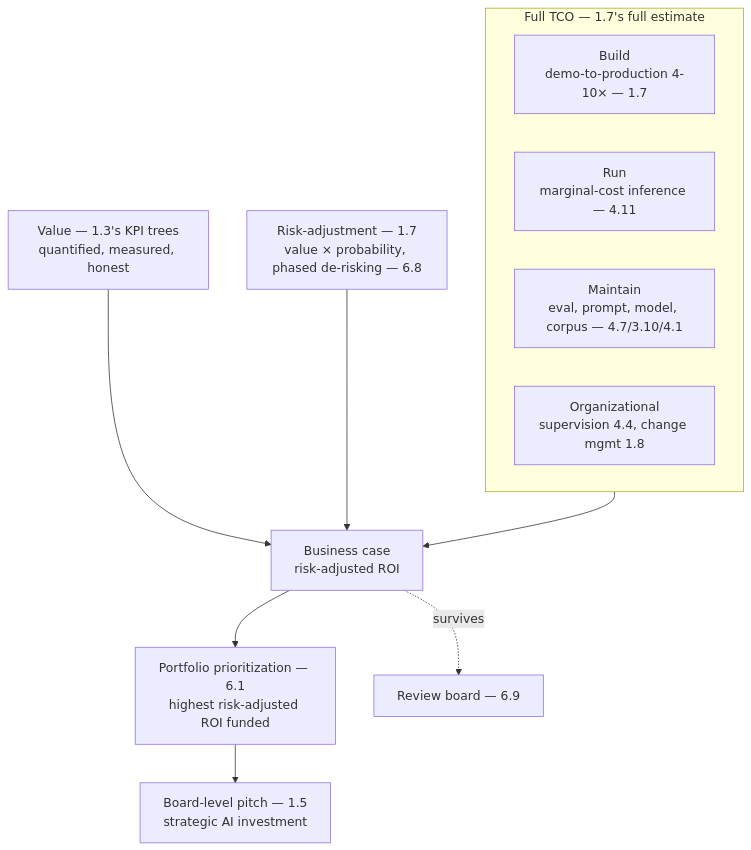
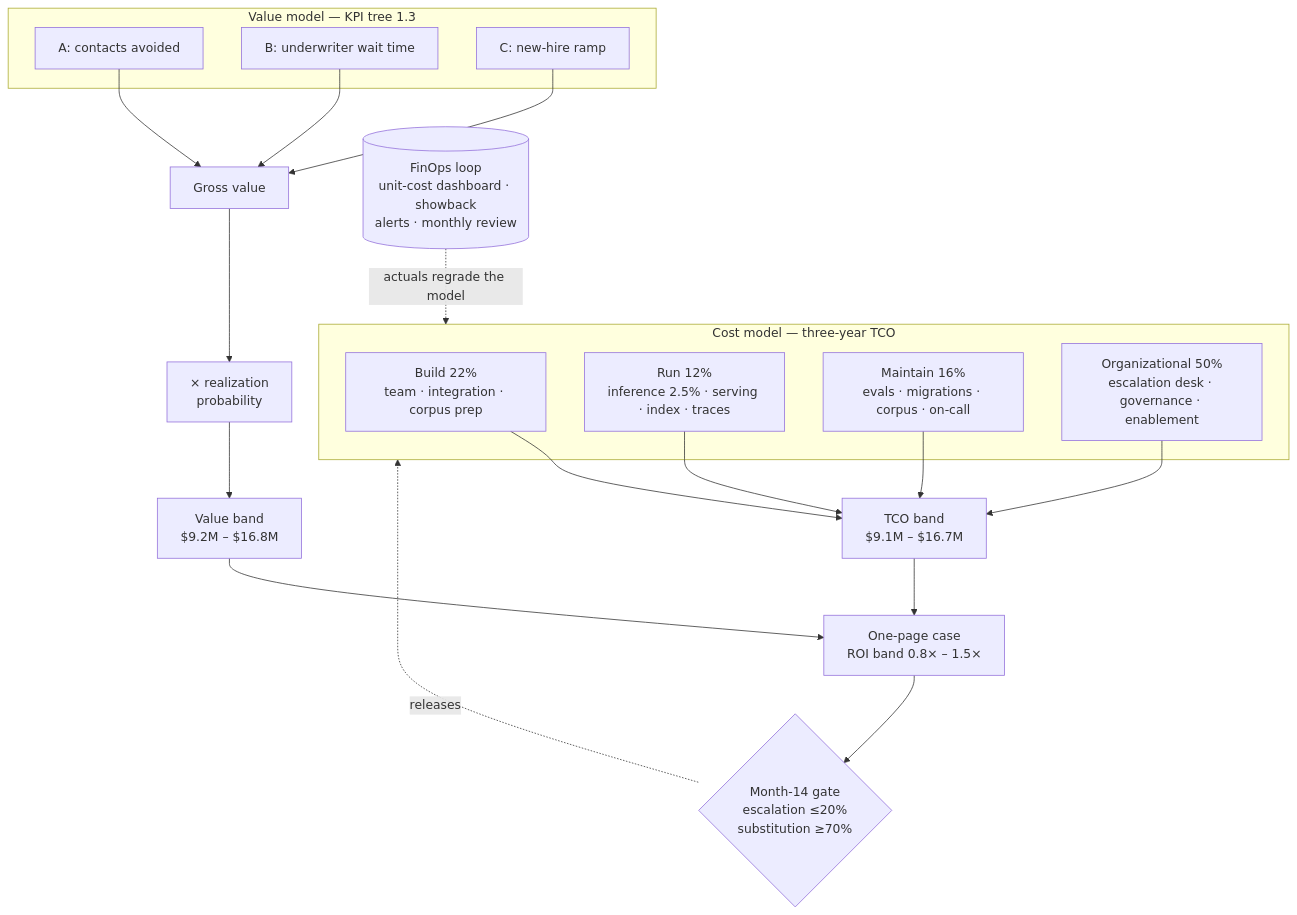
One commit to sivakrushna-works/GSAC changed the diagram in curriculum/part-6-enterprise-architecture/chapter-10-tco-business-case.md. Above: the diagram before and after it, drawn with Mermaid. The commit also changed other lines of this file and 10 other files, not shown here.

````diff
--- a/curriculum/part-6-enterprise-architecture/chapter-10-tco-business-case.md
+++ b/curriculum/part-6-enterprise-architecture/chapter-10-tco-business-case.md
@@ -69,15 +118,20 @@
 ```mermaid
 flowchart TD
-    subgraph TCO [Full TCO — 1.7's full estimate]
-        BUILD[Build<br/>demo-to-production 4-10× — 1.7]
-        RUN[Run<br/>marginal-cost inference — 4.11]
-        MAINTAIN[Maintain<br/>eval, prompt, model, corpus — 4.7/3.10/4.1]
-        ORG[Organizational<br/>supervision 4.4, change mgmt 1.8]
+    subgraph COST [Cost model — three-year TCO]
+        B[Build 22%<br/>team · integration · corpus prep]
+        R[Run 12%<br/>inference 2.5% · serving · index · traces]
+        M[Maintain 16%<br/>evals · migrations · corpus · on-call]
+        O[Organizational 50%<br/>escalation desk · governance · enablement]
     end
-    VALUE[Value — 1.3's KPI trees<br/>quantified, measured, honest]
-    RISK[Risk-adjustment — 1.7<br/>value × probability, phased de-risking — 6.8]
-    TCO & VALUE & RISK --> CASE[Business case<br/>risk-adjusted ROI]
-    CASE --> PORTFOLIO[Portfolio prioritization — 6.1<br/>highest risk-adjusted ROI funded]
-    PORTFOLIO --> BOARD[Board-level pitch — 1.5<br/>strategic AI investment]
-    CASE -.survives.-> REVIEW[Review board — 6.9]
+    subgraph VAL [Value model — KPI tree 1.3]
+        LA[A: contacts avoided]
+        LB[B: underwriter wait time]
+        LC[C: new-hire ramp]
+    end
+    B & R & M & O --> TCO[TCO band<br/>$9.1M – $16.7M]
+    LA & LB & LC --> GROSS[Gross value] --> REAL[× realization<br/>probability] --> VB[Value band<br/>$9.2M – $16.8M]
+    TCO & VB --> CASE[One-page case<br/>ROI band 0.8× – 1.5×]
+    CASE --> GATE{Month-14 gate<br/>escalation ≤20%<br/>substitution ≥70%}
+    FIN[(FinOps loop<br/>unit-cost dashboard · showback<br/>alerts · monthly review)] -.actuals regrade the model.-> COST
+    GATE -.releases.-> COST
 ```
````
